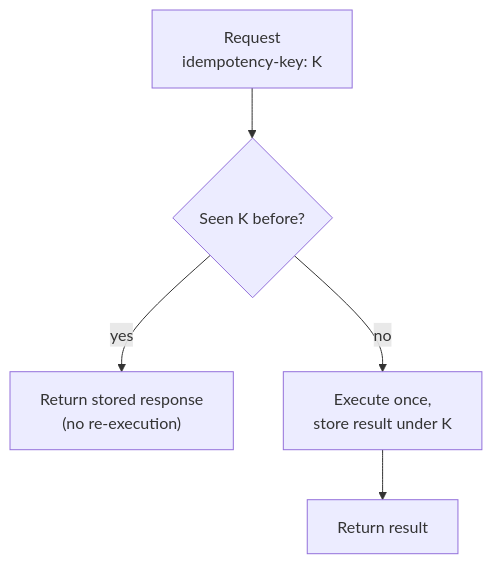
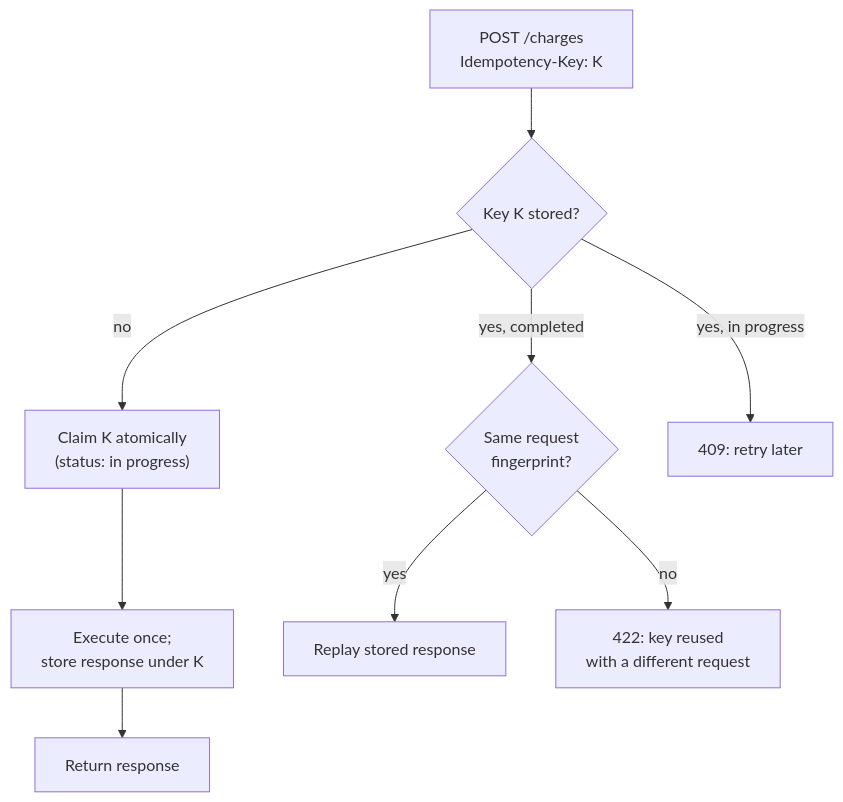
Before and after one commit to AndrewAltimit/Documentation: the sixth of 9 diagrams in github-pages/docs/distributed-systems/resilience-patterns.md, drawn with Mermaid. The commit also changed other lines of this file and 240 other files, not shown here.

````diff
--- a/github-pages/docs/distributed-systems/resilience-patterns.md
+++ b/github-pages/docs/distributed-systems/resilience-patterns.md
@@ -377,7 +377,11 @@
 ```mermaid
 flowchart TD
-    R["Request<br/>idempotency-key: K"] --> Q{"Seen K before?"}
-    Q -- yes --> Cached["Return stored response<br/>(no re-execution)"]
-    Q -- no --> Exec["Execute once,<br/>store result under K"]
-    Exec --> Resp["Return result"]
+    R["POST /charges<br/>Idempotency-Key: K"] --> Q{"Key K stored?"}
+    Q -- no --> Claim["Claim K atomically<br/>(status: in progress)"]
+    Claim --> Exec["Execute once;<br/>store response under K"]
+    Exec --> Resp["Return response"]
+    Q -- "yes, completed" --> Fp{"Same request<br/>fingerprint?"}
+    Fp -- yes --> Replay["Replay stored response"]
+    Fp -- no --> E422["422: key reused<br/>with a different request"]
+    Q -- "yes, in progress" --> E409["409: retry later"]
 ```
````
